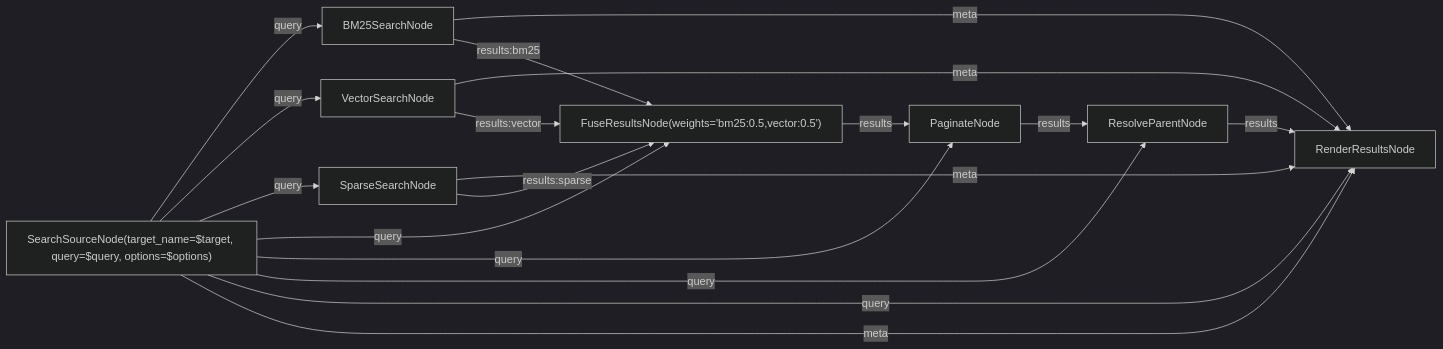
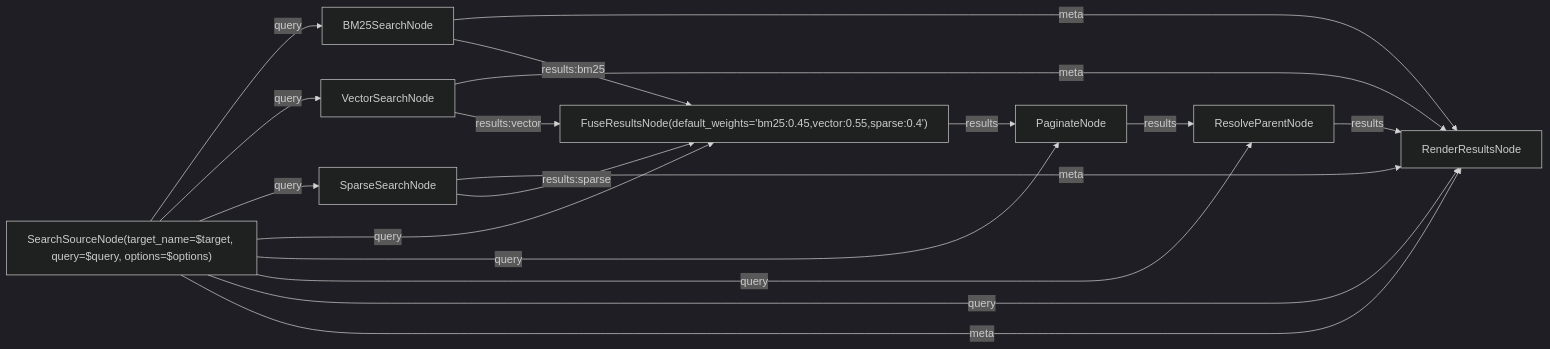
One commit to L-Defraiteur/rag3db changed the diagram in extension/rag3weaver/templates/tools/search_structured.mmd. Above: the diagram before and after it, drawn with Mermaid (dark theme). The commit also changed 2 other files, not shown here.

```diff
--- a/extension/rag3weaver/templates/tools/search_structured.mmd
+++ b/extension/rag3weaver/templates/tools/search_structured.mmd
@@ -1,33 +1,33 @@
 %% tool: search_structured
 %% description: Recherche structurée dans une entité : lucivy et dense local, filtres appliqués par chaque signal avant fusion et pagination.
 %% param: target string! -- Entité où chercher.
 %% param: query string! -- Description naturelle ou nom de carte.
 %% param: options json! -- SearchOptions : filter_condition, limit, offset, signals, consistency. Les restrictions collection/deck sont injectées ici avant l'exécution.
 %% result: render.results
 
 graph LR
     source["SearchSourceNode(target_name=$target, query=$query, options=$options)"]
     bm25["BM25SearchNode"]
     vector["VectorSearchNode"]
     sparse["SparseSearchNode"]
-    fuse["FuseResultsNode(weights='bm25:0.5,vector:0.5')"]
+    fuse["FuseResultsNode(default_weights='bm25:0.45,vector:0.55,sparse:0.4')"]
     paginate["PaginateNode"]
     resolve["ResolveParentNode"]
     render["RenderResultsNode"]
     source -->|query| bm25
     source -->|query| vector
     source -->|query| sparse
     source -->|query| fuse
     source -->|query| paginate
     source -->|query| resolve
     source -->|query| render
     source -->|meta| render
     bm25 -->|meta| render
     vector -->|meta| render
     sparse -->|meta| render
     bm25 -->|results:bm25| fuse
     vector -->|results:vector| fuse
     sparse -->|results:sparse| fuse
     fuse -->|results| paginate
     paginate -->|results| resolve
     resolve -->|results| render
```
